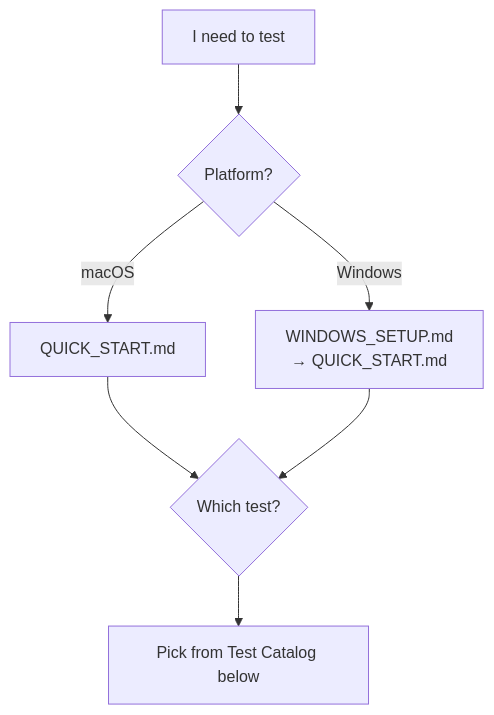
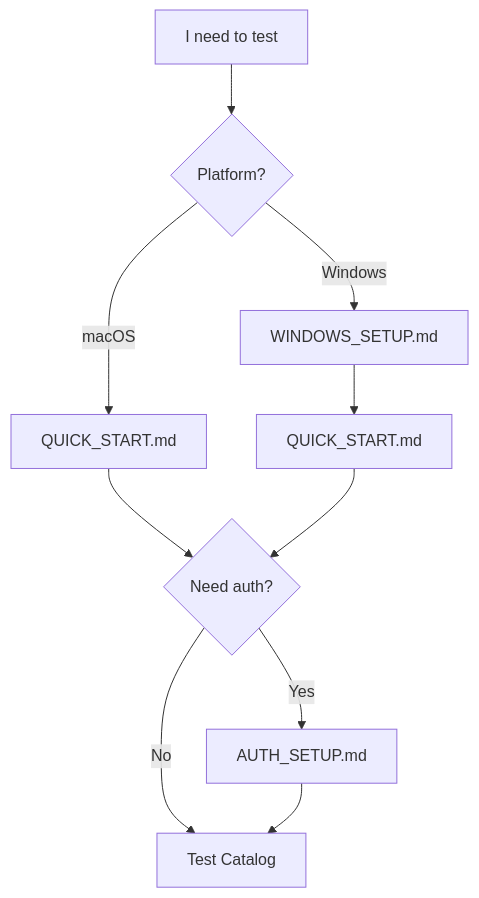
Before and after one commit to anaconda/anaconda-mcp: the diagram in tests/qa/_ai_docs/INDEX.md, drawn with Mermaid.

Commit message:
restructured tests

````diff
--- a/tests/qa/_ai_docs/INDEX.md
+++ b/tests/qa/_ai_docs/INDEX.md
@@ -5,12 +5,22 @@
 ```mermaid
 flowchart TD
     Start["I need to test"] --> Platform{Platform?}
 
     Platform -->|macOS| QS[QUICK_START.md]
-    Platform -->|Windows| Win["WINDOWS_SETUP.md<br/>→ QUICK_START.md"]
+    Platform -->|Windows| Win[WINDOWS_SETUP.md]
 
-    QS --> Test{Which test?}
-    Win --> Test
+    QS --> Auth{Need auth?}
+    Win --> WinQS[QUICK_START.md]
+    WinQS --> Auth
 
-    Test --> TestList["Pick from Test Catalog below"]
+    Auth -->|Yes| AuthSetup[AUTH_SETUP.md]
+    Auth -->|No| Tests
+
+    AuthSetup --> Tests[Test Catalog]
+
+    click QS "./QUICK_START.md" "Setup for macOS"
+    click Win "./WINDOWS_SETUP.md" "Setup for Windows"
+    click WinQS "./QUICK_START.md" "Setup for Windows"
+    click AuthSetup "./AUTH_SETUP.md" "Configure auth state"
+    click Tests "#3-test-catalog" "Pick a test"
 ```
````
